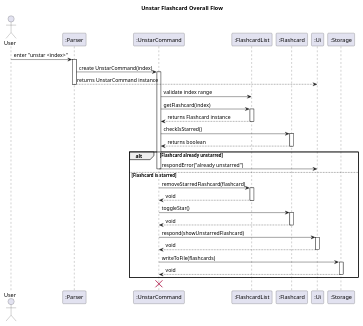
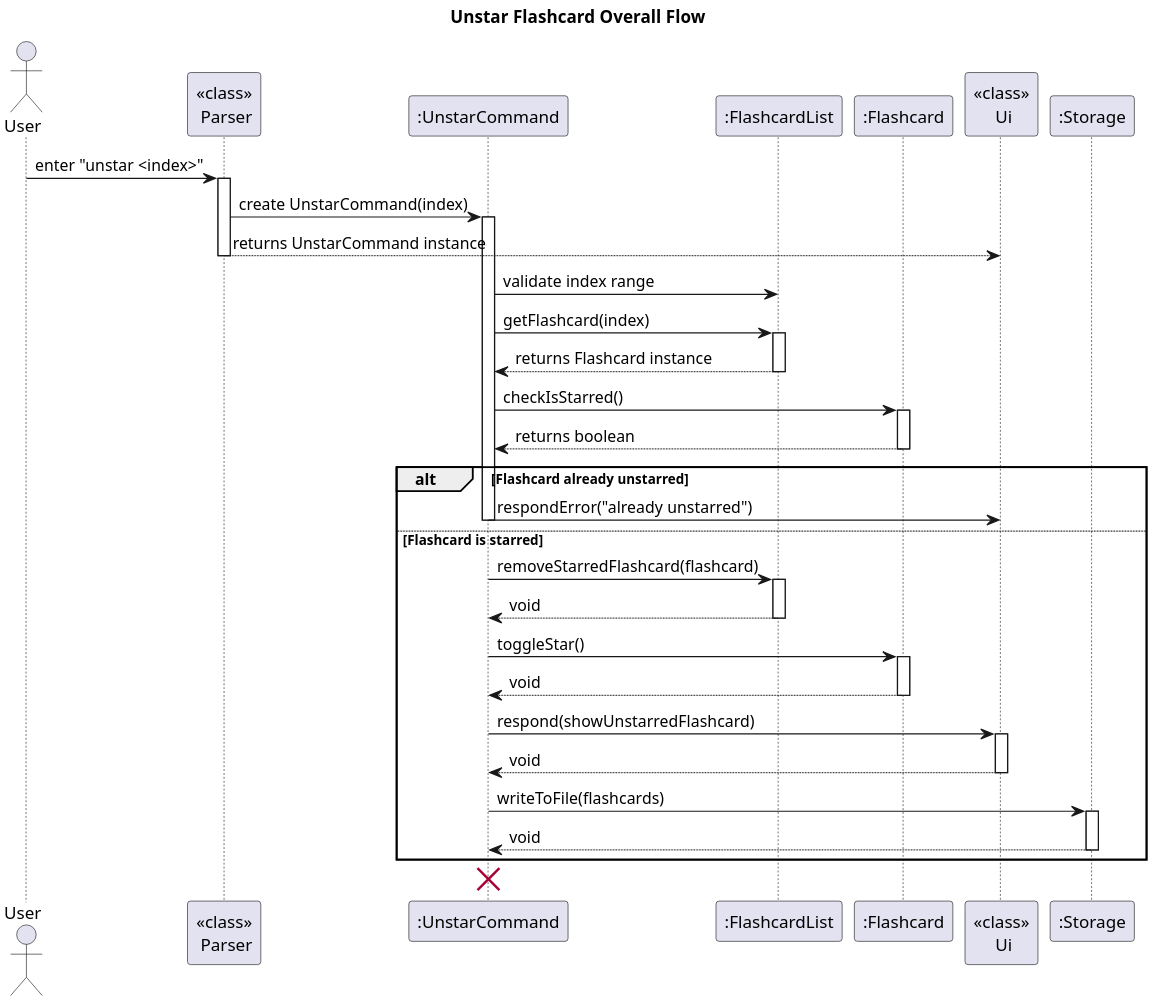
One commit to ashutoshalung/tp changed the diagram in docs/diagrams/UnstarFlashcardFeature_Overall.puml. Above: the diagram before and after it, drawn with PlantUML. The commit also changed 9 other files, not shown here.

Commit message:
Add resolution to diagrams

```diff
--- a/docs/diagrams/UnstarFlashcardFeature_Overall.puml
+++ b/docs/diagrams/UnstarFlashcardFeature_Overall.puml
@@ -1,58 +1,62 @@
 @startuml
 title Unstar Flashcard Overall Flow
 
+' --- Make PNG large and sharp ---
+skinparam dpi 300
+
 actor User
-participant ":Parser" as parser
+participant "<<class>>\n Parser" as parser
 participant ":UnstarCommand" as unstarCommand
 participant ":FlashcardList" as flashcardList
 participant ":Flashcard" as flashcard
-participant ":Ui" as ui
+participant "<<class>>\n Ui" as ui
 participant ":Storage" as storage
 
 User -> parser : enter "unstar <index>"
 activate parser
 parser -> unstarCommand : create UnstarCommand(index)
 activate unstarCommand
 parser --> ui : returns UnstarCommand instance
 deactivate parser
 
 unstarCommand -> flashcardList : validate index range
 unstarCommand -> flashcardList : getFlashcard(index)
 activate flashcardList
 flashcardList --> unstarCommand : returns Flashcard instance
 deactivate flashcardList
 
 unstarCommand -> flashcard : checkIsStarred()
 activate flashcard
 flashcard --> unstarCommand : returns boolean
 deactivate flashcard
 
 alt Flashcard already unstarred
-    unstarCommand -> ui : respondError("already unstarred")
-    deactivate unstarCommand
+unstarCommand -> ui : respondError("already unstarred")
+deactivate unstarCommand
 else Flashcard is starred
-    unstarCommand -> flashcardList : removeStarredFlashcard(flashcard)
-    activate flashcardList
-    flashcardList --> unstarCommand : void
-    deactivate flashcardList
+unstarCommand -> flashcardList : removeStarredFlashcard(flashcard)
+activate flashcardList
+flashcardList --> unstarCommand : void
+deactivate flashcardList
 
-    unstarCommand -> flashcard : toggleStar()
-    activate flashcard
-    flashcard --> unstarCommand : void
-    deactivate flashcard
+unstarCommand -> flashcard : toggleStar()
+activate flashcard
+flashcard --> unstarCommand : void
+deactivate flashcard
 
-    unstarCommand -> ui : respond(showUnstarredFlashcard)
-    activate ui
-    ui --> unstarCommand : void
-    deactivate ui
+unstarCommand -> ui : respond(showUnstarredFlashcard)
+activate ui
+ui --> unstarCommand : void
+deactivate ui
 
-    unstarCommand -> storage : writeToFile(flashcards)
-    activate storage
-    storage --> unstarCommand : void
-    deactivate storage
+unstarCommand -> storage : writeToFile(flashcards)
+activate storage
+storage --> unstarCommand : void
+deactivate storage
+
 end
 
 ' --- Object cleanup phase ---
 destroy unstarCommand
 
 @enduml
```
